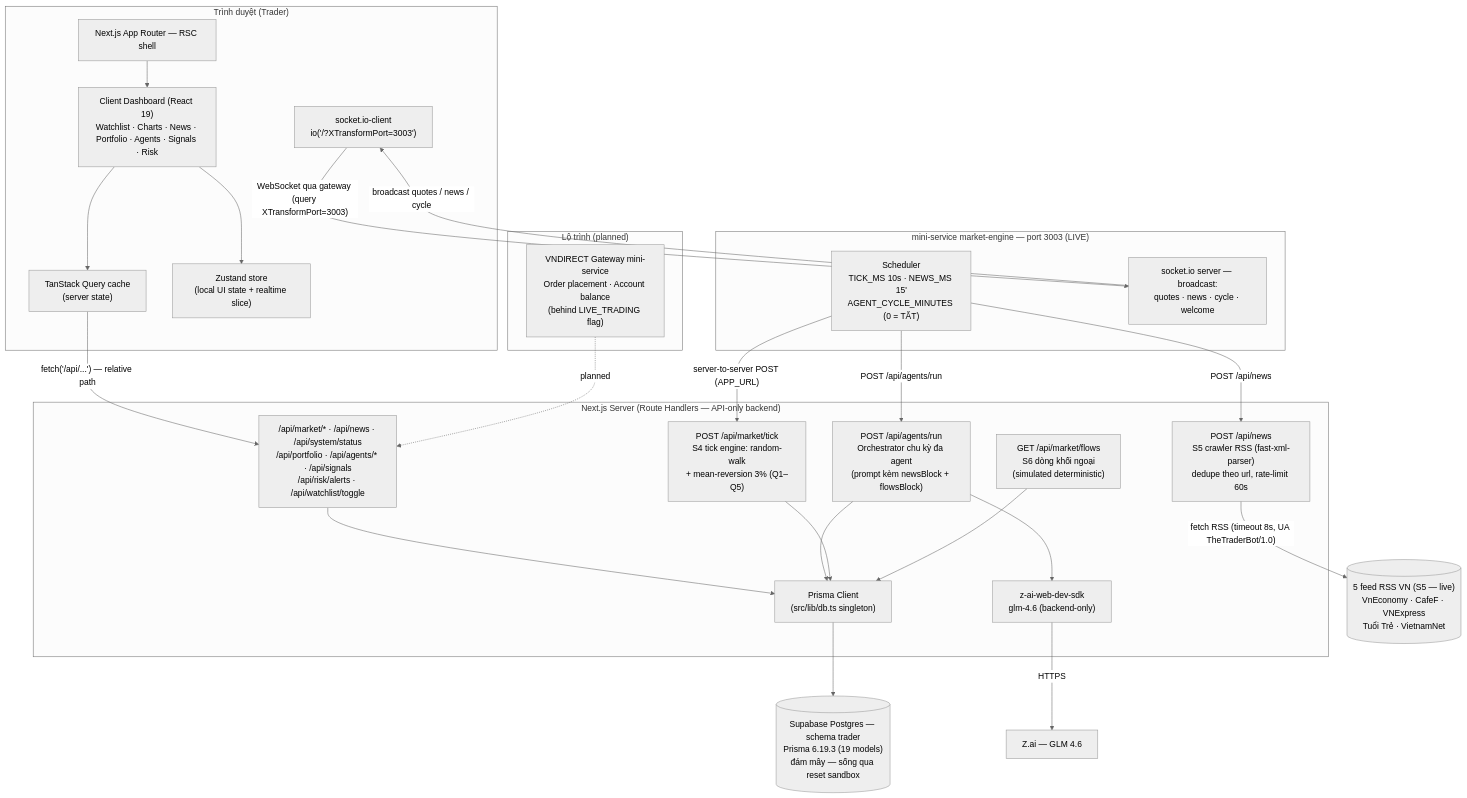
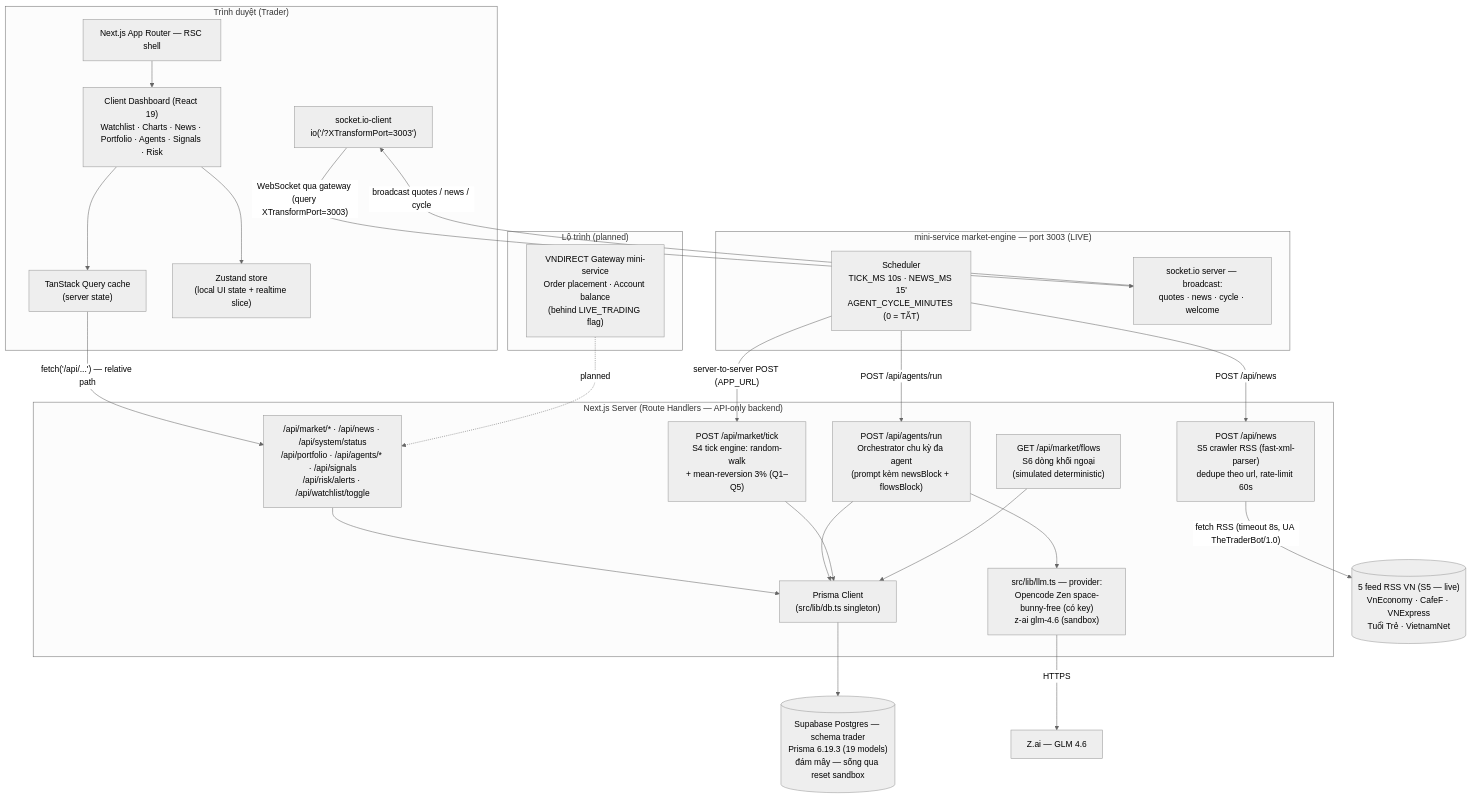
One commit to nguyenquocviety2c-code/THE-TRADER changed the first of 2 diagrams in docs/TECHNICAL_BLUEPRINT.md. Above: the diagram before and after it, drawn with Mermaid (neutral theme). The commit also changed other lines of this file and 17 other files, not shown here.

Commit message:
feat(llm): provider abstraction — Opencode Zen space-bunny-free (chạy được ngoài sandbox) + GLM-4.6 sandbox qua env; 3 route agent dùng 1 cổng; UI model động + khối llm API; docs/README/.env.example — E2E verified

````diff
--- a/docs/TECHNICAL_BLUEPRINT.md
+++ b/docs/TECHNICAL_BLUEPRINT.md
@@ -45,52 +45,52 @@
 ```mermaid
 flowchart TB
     subgraph Browser["Trình duyệt (Trader)"]
         RSC["Next.js App Router — RSC shell"]
         DASH["Client Dashboard (React 19)\nWatchlist · Charts · News · Portfolio · Agents · Signals · Risk"]
         TQ["TanStack Query cache\n(server state)"]
         ZU["Zustand store\n(local UI state + realtime slice)"]
         WS["socket.io-client\nio('/?XTransformPort=3003')"]
     end
 
     subgraph Server["Next.js Server (Route Handlers — API-only backend)"]
         API["/api/market/* · /api/news · /api/system/status\n/api/portfolio · /api/agents/* · /api/signals\n/api/risk/alerts · /api/watchlist/toggle"]
         RUN["POST /api/agents/run\nOrchestrator chu kỳ đa agent\n(prompt kèm newsBlock + flowsBlock)"]
         TICK["POST /api/market/tick\nS4 tick engine: random-walk\n+ mean-reversion 3% (Q1–Q5)"]
         NEWS["POST /api/news\nS5 crawler RSS (fast-xml-parser)\ndedupe theo url, rate-limit 60s"]
         FLOWS["GET /api/market/flows\nS6 dòng khối ngoại\n(simulated deterministic)"]
-        SDK["z-ai-web-dev-sdk\nglm-4.6 (backend-only)"]
+        SDK["src/lib/llm.ts — provider:\nOpencode Zen space-bunny-free (có key)\nz-ai glm-4.6 (sandbox)"]
         PRISMA["Prisma Client\n(src/lib/db.ts singleton)"]
     end
 
     subgraph Engine["mini-service market-engine — port 3003 (LIVE)"]
         SCHED["Scheduler\nTICK_MS 10s · NEWS_MS 15'\nAGENT_CYCLE_MINUTES (0 = TẮT)"]
         IOSRV["socket.io server — broadcast:\nquotes · news · cycle · welcome"]
     end
 
     RSS[("5 feed RSS VN (S5 — live)\nVnEconomy · CafeF · VNExpress\nTuổi Trẻ · VietnamNet")]
 
     DB[("Supabase Postgres — schema trader\nPrisma 6.19.3 (19 models)\nđám mây — sống qua reset sandbox")]
 
     subgraph Future["Lộ trình (planned)"]
         GW["VNDIRECT Gateway mini-service\nOrder placement · Account balance\n(behind LIVE_TRADING flag)"]
     end
 
     RSC --> DASH
     DASH --> TQ
     DASH --> ZU
     WS -- "WebSocket qua gateway (query XTransformPort=3003)" --> IOSRV
     TQ -- "fetch('/api/...') — relative path" --> API
     API --> PRISMA
     PRISMA --> DB
     SCHED -- "server-to-server POST (APP_URL)" --> TICK
     SCHED -- "POST /api/news" --> NEWS
     SCHED -- "POST /api/agents/run" --> RUN
     IOSRV -- "broadcast quotes / news / cycle" --> WS
     NEWS -- "fetch RSS (timeout 8s, UA TheTraderBot/1.0)" --> RSS
     RUN --> SDK
     SDK -- "HTTPS" --> LLM["Z.ai — GLM 4.6"]
     RUN --> PRISMA
     TICK --> PRISMA
     FLOWS --> PRISMA
     GW -. planned .-> API
 ```
````
